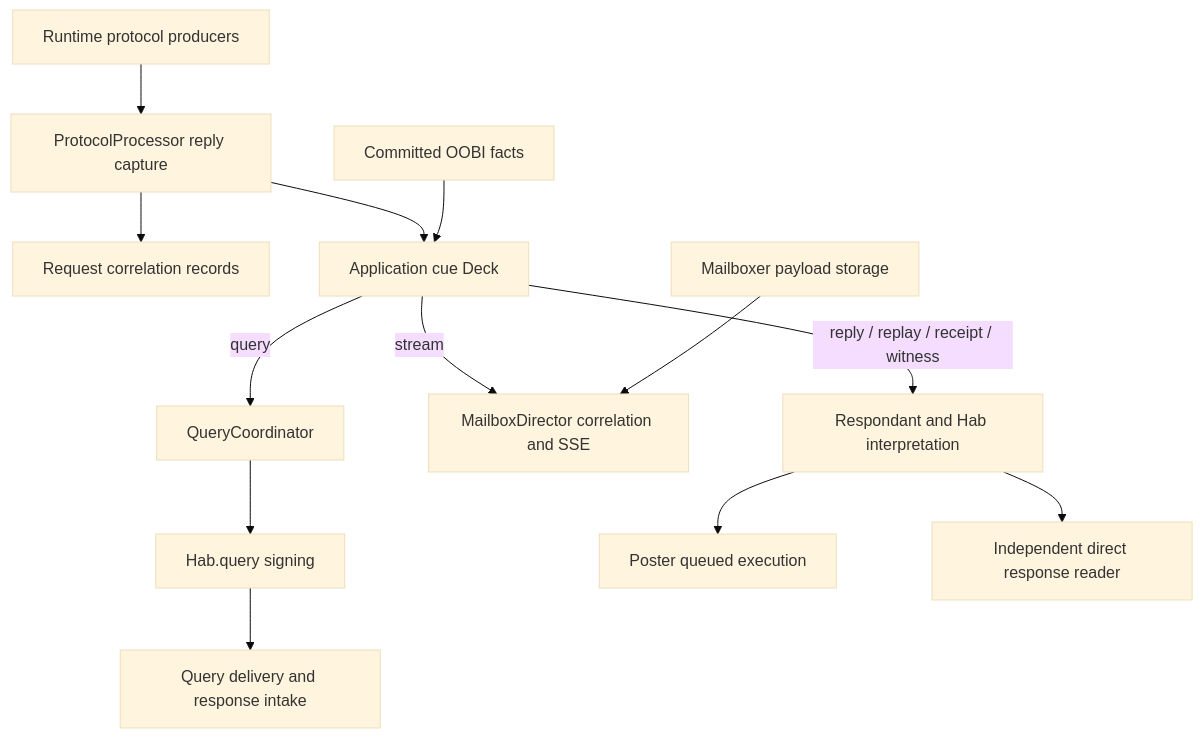
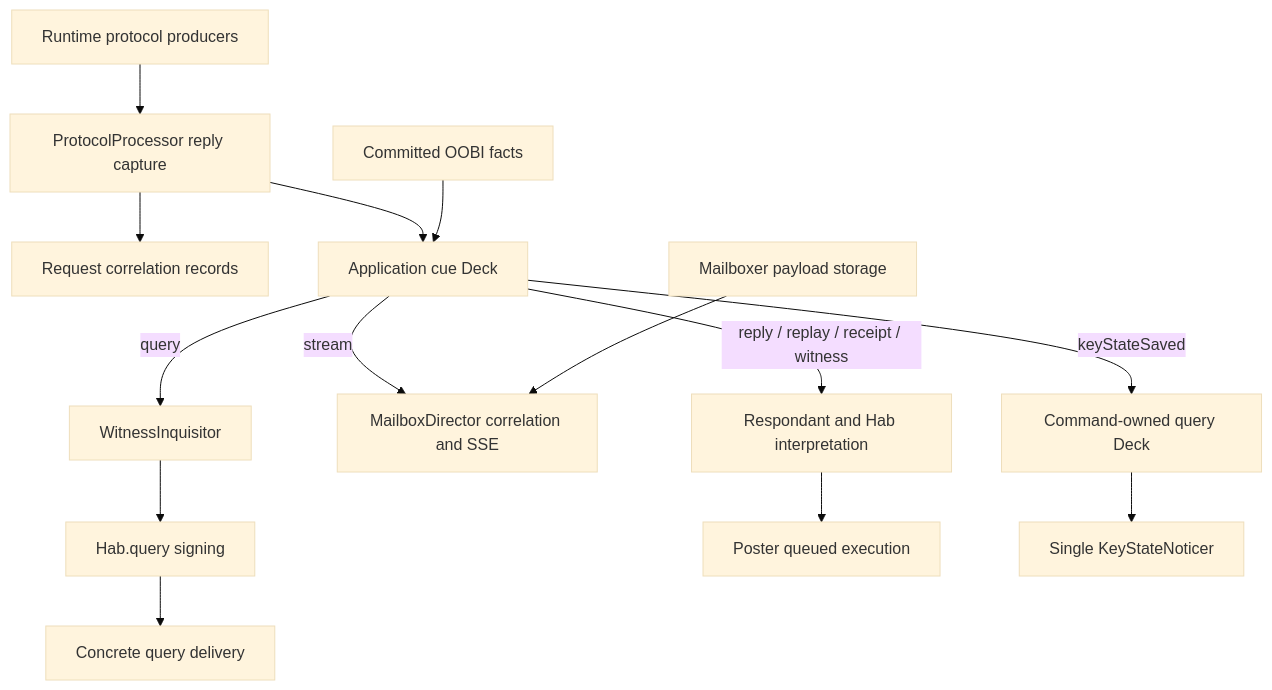
Before and after one commit to kentbull/keri-ts: the diagram in docs/design-docs/runtime/CUES.md, drawn with Mermaid (base theme). The commit also changed other lines of this file and 14 other files, not shown here.

First line of the commit message:
Give query notices one command-owned cue consumer (#617)

````diff
--- a/docs/design-docs/runtime/CUES.md
+++ b/docs/design-docs/runtime/CUES.md
@@ -42,15 +42,16 @@
 ```mermaid
 flowchart TD
   P[Runtime protocol producers] --> R[ProtocolProcessor reply capture]
   R --> Q[Request correlation records]
   R --> A[Application cue Deck]
   O[Committed OOBI facts] --> A
-  A -->|query| C[QueryCoordinator]
+  A -->|query| C[WitnessInquisitor]
   C --> H[Hab.query signing]
-  H --> D[Query delivery and response intake]
+  H --> D[Concrete query delivery]
   A -->|stream| M[MailboxDirector correlation and SSE]
   A -->|reply / replay / receipt / witness| S[Respondant and Hab interpretation]
   S --> T[Poster queued execution]
-  S --> HTP[Independent direct response reader]
+  A -->|keyStateSaved| K[Command-owned query Deck]
+  K --> N[Single KeyStateNoticer]
   B[Mailboxer payload storage] --> M
 ```
````
